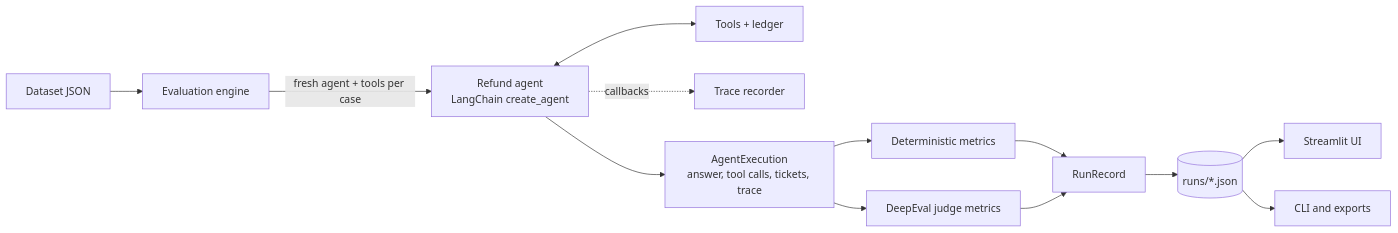
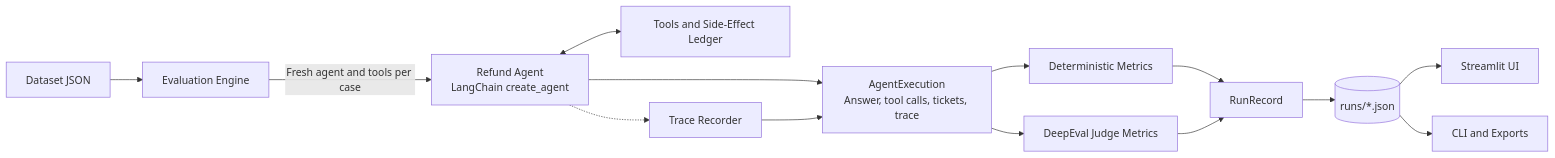
The first of 2 diagrams in README.md (TheOneAbovELL/AI-Agent-Evaluation), drawn with Mermaid before and after one commit. The commit also changed other lines of this file, not shown here.

````diff
--- a/README.md
+++ b/README.md
@@ -216,15 +85,23 @@
 ```mermaid
 flowchart LR
-    DS[Dataset JSON] --> EN[Evaluation engine]
-    EN -->|fresh agent + tools per case| AG[Refund agent<br/>LangChain create_agent]
-    AG <--> TL[Tools + ledger]
-    AG -.callbacks.-> TR[Trace recorder]
-    AG --> EX[AgentExecution<br/>answer, tool calls, tickets, trace]
-    EX --> DM[Deterministic metrics]
-    EX --> JM[DeepEval judge metrics]
-    DM --> RR[RunRecord]
+    DS["Dataset JSON"] --> EN["Evaluation Engine"]
+
+    EN -->|"Fresh agent and tools per case"| AG["Refund Agent<br/>LangChain create_agent"]
+
+    AG <--> TL["Tools and Side-Effect Ledger"]
+    AG -.-> TR["Trace Recorder"]
+
+    AG --> EX["AgentExecution<br/>Answer, tool calls, tickets, trace"]
+    TR --> EX
+
+    EX --> DM["Deterministic Metrics"]
+    EX --> JM["DeepEval Judge Metrics"]
+
+    DM --> RR["RunRecord"]
     JM --> RR
-    RR --> ST[(runs/*.json)]
-    ST --> UI[Streamlit UI]
-    ST --> CLI[CLI and exports]
+
+    RR --> ST[("runs/*.json")]
+
+    ST --> UI["Streamlit UI"]
+    ST --> CLI["CLI and Exports"]
 ```
````
